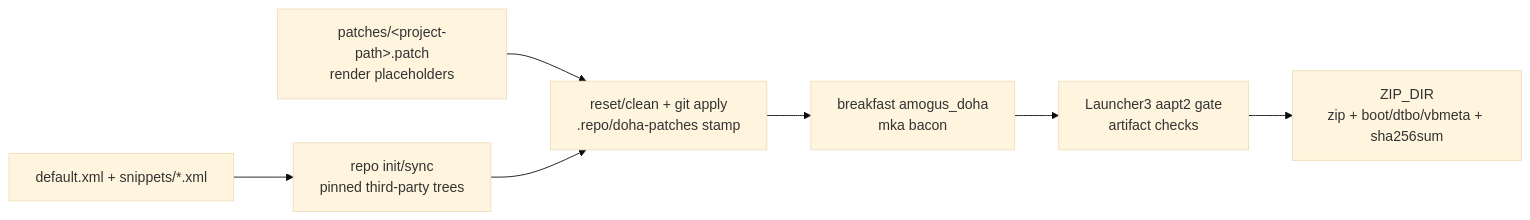
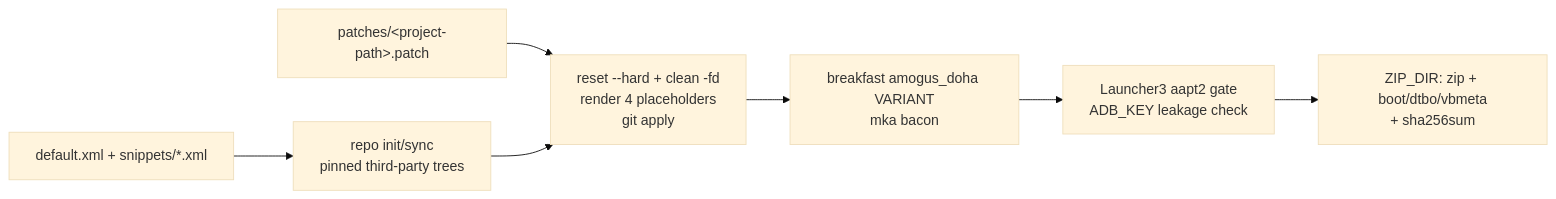
The diagram in AGENTS.md (ishwar-chandra/amogus_doha_custom_rom), drawn with Mermaid (base theme) before and after one commit. The commit also changed other lines of this file, not shown here.

First line of the commit message:
docs: rewrite AGENTS.md around the patch pipeline

````diff
--- a/AGENTS.md
+++ b/AGENTS.md
@@ -18,9 +24,9 @@
 ```mermaid
 flowchart LR
   M["default.xml + snippets/*.xml"] --> R["repo init/sync<br/>pinned third-party trees"]
-  P["patches/&lt;project-path&gt;.patch<br/>render placeholders"] --> A["reset/clean + git apply<br/>.repo/doha-patches stamp"]
+  P["patches/&lt;project-path&gt;.patch"] --> A["reset --hard + clean -fd<br/>render 4 placeholders<br/>git apply"]
   R --> A
-  A --> B["breakfast amogus_doha<br/>mka bacon"]
-  B --> G["Launcher3 aapt2 gate<br/>artifact checks"]
-  G --> Z["ZIP_DIR<br/>zip + boot/dtbo/vbmeta + sha256sum"]
+  A --> B["breakfast amogus_doha VARIANT<br/>mka bacon"]
+  B --> G["Launcher3 aapt2 gate<br/>ADB_KEY leakage check"]
+  G --> Z["ZIP_DIR: zip + boot/dtbo/vbmeta<br/>+ sha256sum"]
 ```
````
